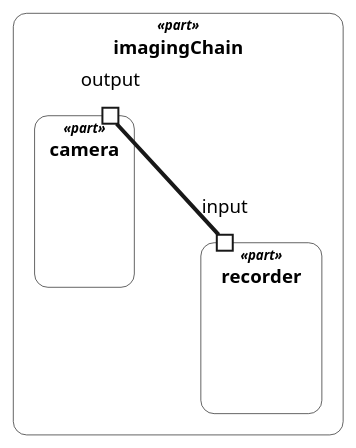
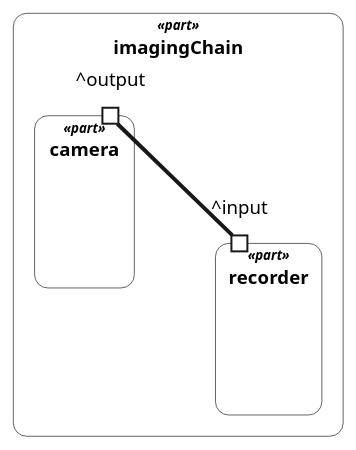
Before and after one commit to Open-MBEE/OpenSysML: the first of 2 diagrams in internal/doc/docrender/testdata/telescope_report.plantuml.golden.md, drawn with PlantUML. The commit also changed 192 other files, not shown here.

````diff
--- a/internal/doc/docrender/testdata/telescope_report.plantuml.golden.md
+++ b/internal/doc/docrender/testdata/telescope_report.plantuml.golden.md
@@ -83,54 +83,54 @@
 ```plantuml
 @startuml
 ' Observatory::interconnectView — interconnection rendering (render asInterconnectionDiagram)
 <style>
 root {
   BackGroundColor white
   FontName SansSerif
   FontSize 14
   FontColor black
   LineColor #181818
   HorizontalAlignment left
 }
 element {
   BackGroundColor white
   LineColor #181818
   LineThickness 0.5
   RoundCorner 0
   Shadowing 0.0
 }
 start, end, activityBar {
   BackGroundColor black
 }
 arrow {
   LineColor #181818
   LineThickness 1
   FontSize 13
 }
 note {
   BackGroundColor #FEFFDD
   FontSize 13
 }
 .usage {
   RoundCorner 20
 }
 .package {
   LineThickness 1.5
 }
 .region {
   LineStyle 4
 }
 </style>
 skinparam wrapWidth 300
 hide stereotype
 rectangle "<size:10>//«part»//</size>\n**imagingChain**" as n0 <<part>> <<usage>> {
   rectangle "<size:10>//«part»//</size>\n**camera**" as n1 <<part>> <<usage>> {
-    port "output" as n1.0
+    port "^output" as n1.0
   }
   rectangle "<size:10>//«part»//</size>\n**recorder**" as n2 <<part>> <<usage>> {
-    port "input" as n2.0
+    port "^input" as n2.0
   }
 }
 n1.0 -[thickness=3]- n2.0
 @enduml
 ```
````
